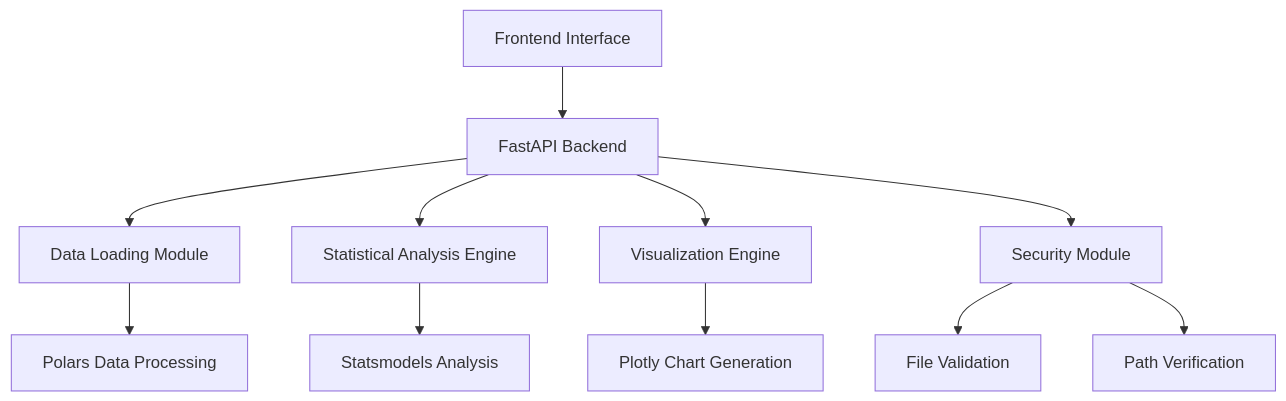
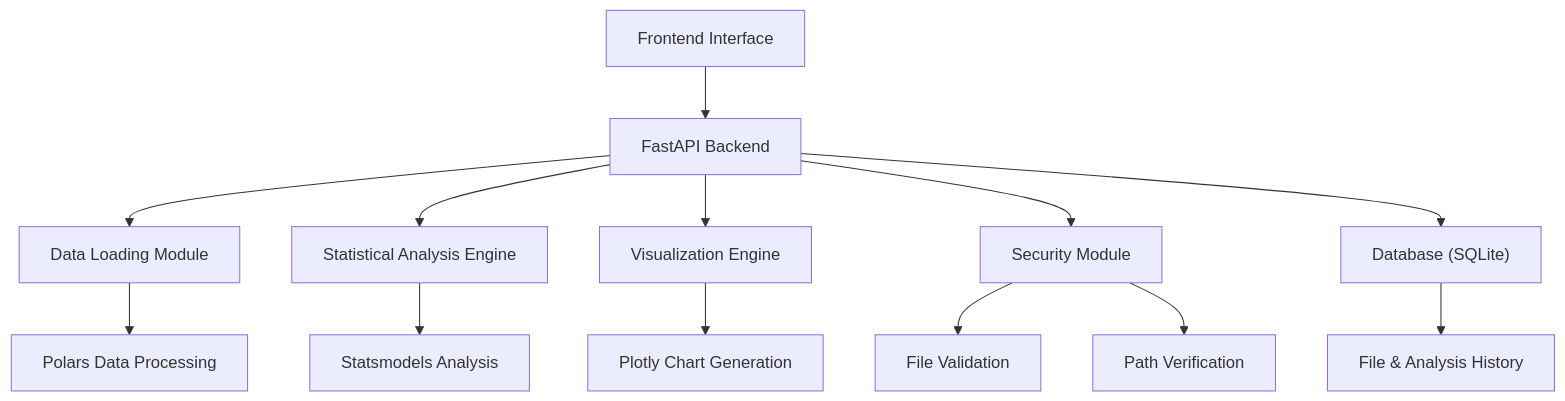
One commit to bahayonghang/data_report changed the diagram in docs/index.md. Above: the diagram before and after it, drawn with Mermaid. The commit also changed other lines of this file and 14 other files, not shown here.

````diff
--- a/docs/index.md
+++ b/docs/index.md
@@ -31,13 +32,15 @@
 ```mermaid
 graph TB
     A["Frontend Interface"] --> B["FastAPI Backend"]
     B --> C["Data Loading Module"]
     B --> D["Statistical Analysis Engine"]
     B --> E["Visualization Engine"]
     C --> F["Polars Data Processing"]
     D --> G["Statsmodels Analysis"]
     E --> H["Plotly Chart Generation"]
     B --> I["Security Module"]
     I --> J["File Validation"]
     I --> K["Path Verification"]
+    B --> L["Database (SQLite)"]
+    L --> M["File & Analysis History"]
 ```
````
